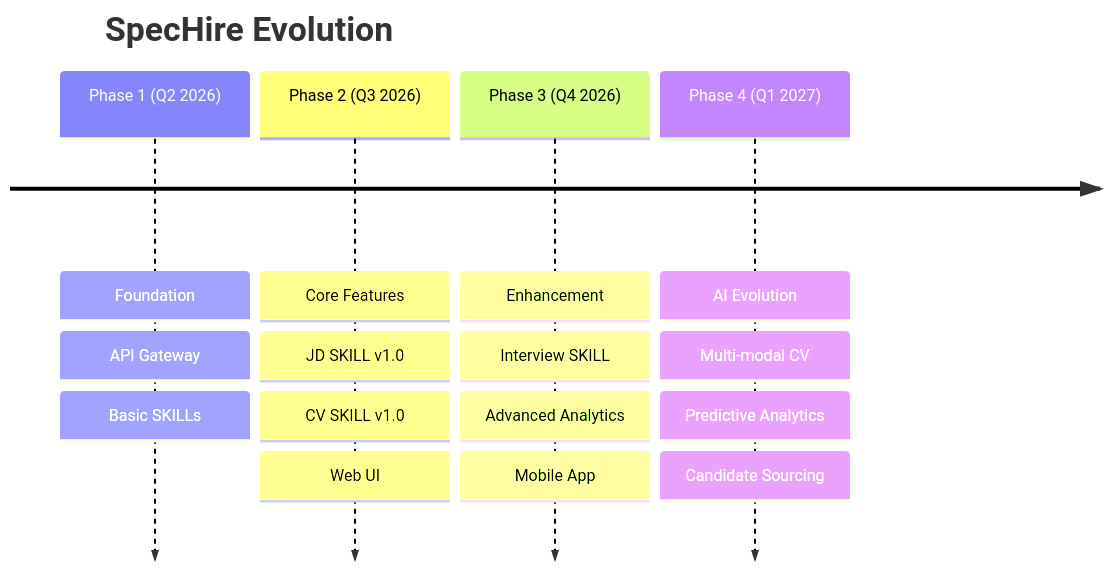
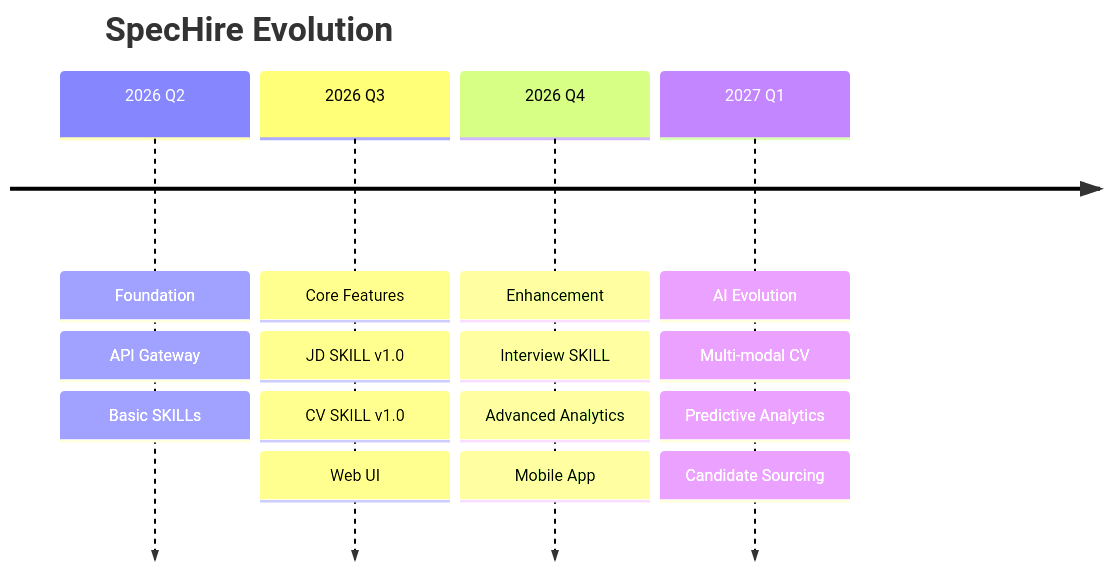
One commit to YaG-Lab/SpecHire changed the seventh of 7 diagrams in docs/2_architecture/00_visual_summary.md. Above: the diagram before and after it, drawn with Mermaid. The commit also changed other lines of this file and 2 other files, not shown here.

First line of the commit message:
docs: update architecture diagrams with improved formatting and clarity

````diff
--- a/docs/2_architecture/00_visual_summary.md
+++ b/docs/2_architecture/00_visual_summary.md
@@ -291,23 +300,8 @@
 ```mermaid
 timeline
     title SpecHire Evolution
-    
-    Phase 1 (Q2 2026) : Foundation
-                      : API Gateway
-                      : Basic SKILLs
-    
-    Phase 2 (Q3 2026) : Core Features
-                      : JD SKILL v1.0
-                      : CV SKILL v1.0
-                      : Web UI
-    
-    Phase 3 (Q4 2026) : Enhancement
-                      : Interview SKILL
-                      : Advanced Analytics
-                      : Mobile App
-    
-    Phase 4 (Q1 2027) : AI Evolution
-                      : Multi-modal CV
-                      : Predictive Analytics
-                      : Candidate Sourcing
+    2026 Q2 : Foundation : API Gateway : Basic SKILLs
+    2026 Q3 : Core Features : JD SKILL v1.0 : CV SKILL v1.0 : Web UI
+    2026 Q4 : Enhancement : Interview SKILL : Advanced Analytics : Mobile App
+    2027 Q1 : AI Evolution : Multi-modal CV : Predictive Analytics : Candidate Sourcing
 ```
````
